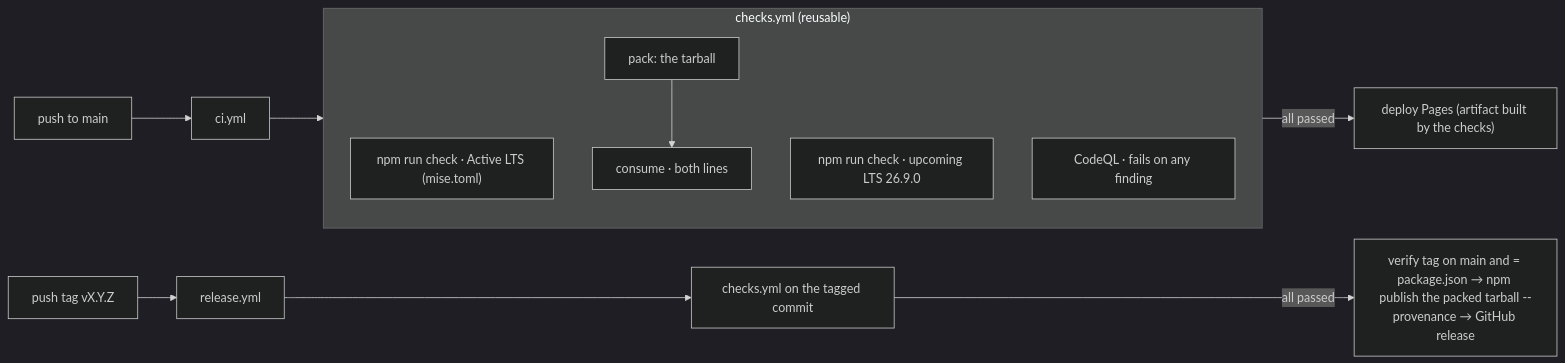
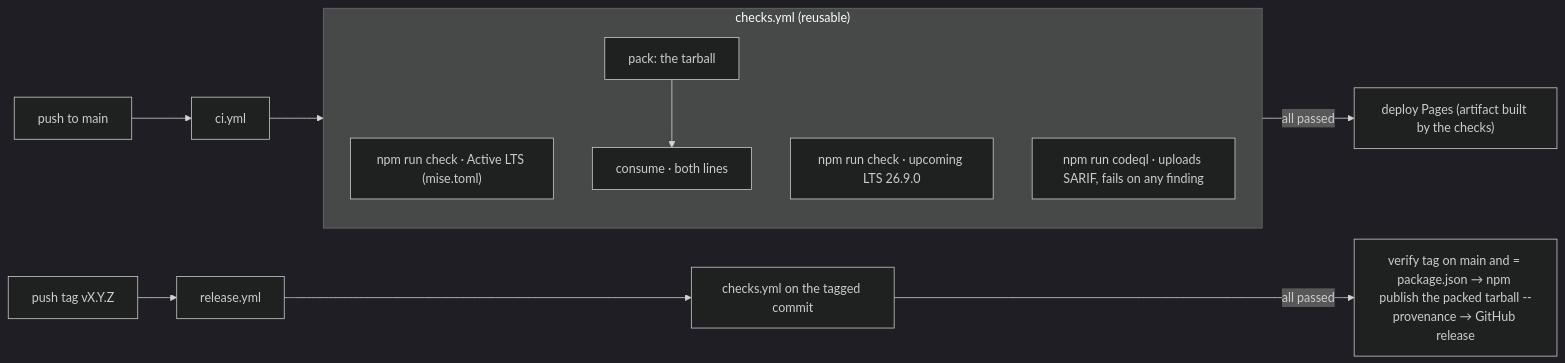
One commit to dotcarls/fence.js changed the diagram in docs/toolchain/release-process.md. Above: the diagram before and after it, drawn with Mermaid (dark theme). The commit also changed other lines of this file and 28 other files, not shown here.

First line of the commit message:
Fix the CodeQL finding; run CodeQL locally, before push and in CI

````diff
--- a/docs/toolchain/release-process.md
+++ b/docs/toolchain/release-process.md
@@ -18,13 +18,13 @@
 ```mermaid
 flowchart LR
     subgraph checks["checks.yml (reusable)"]
         c1["npm run check · Active LTS (mise.toml)"]
         c2["npm run check · upcoming LTS 26.9.0"]
         c5b["pack: the tarball"] --> c4["consume · both lines"]
-        c5["CodeQL · fails on any finding"]
+        c5["npm run codeql · uploads SARIF, fails on any finding"]
     end
     push["push to main"] --> ci["ci.yml"] --> checks
     checks -->|all passed| pages["deploy Pages (artifact built by the checks)"]
     tag["push tag vX.Y.Z"] --> rel["release.yml"] --> checks2["checks.yml on the tagged commit"]
     checks2 -->|all passed| publish["verify tag on main and = package.json → npm publish the packed tarball --provenance → GitHub release"]
 ```
````
